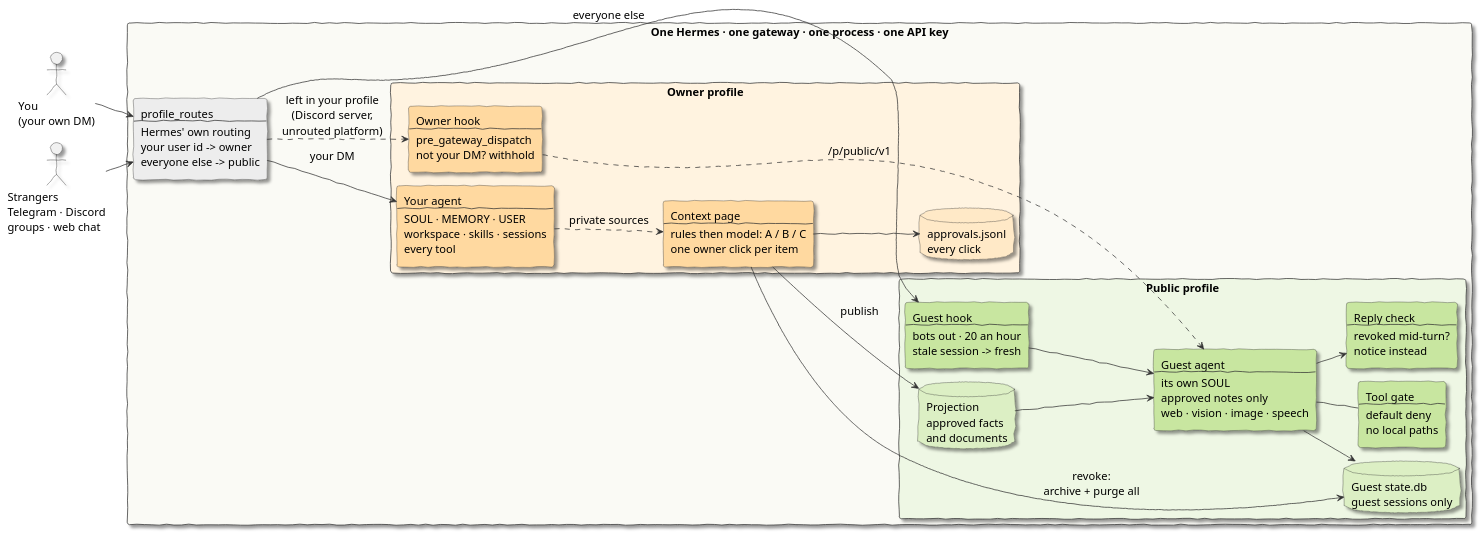
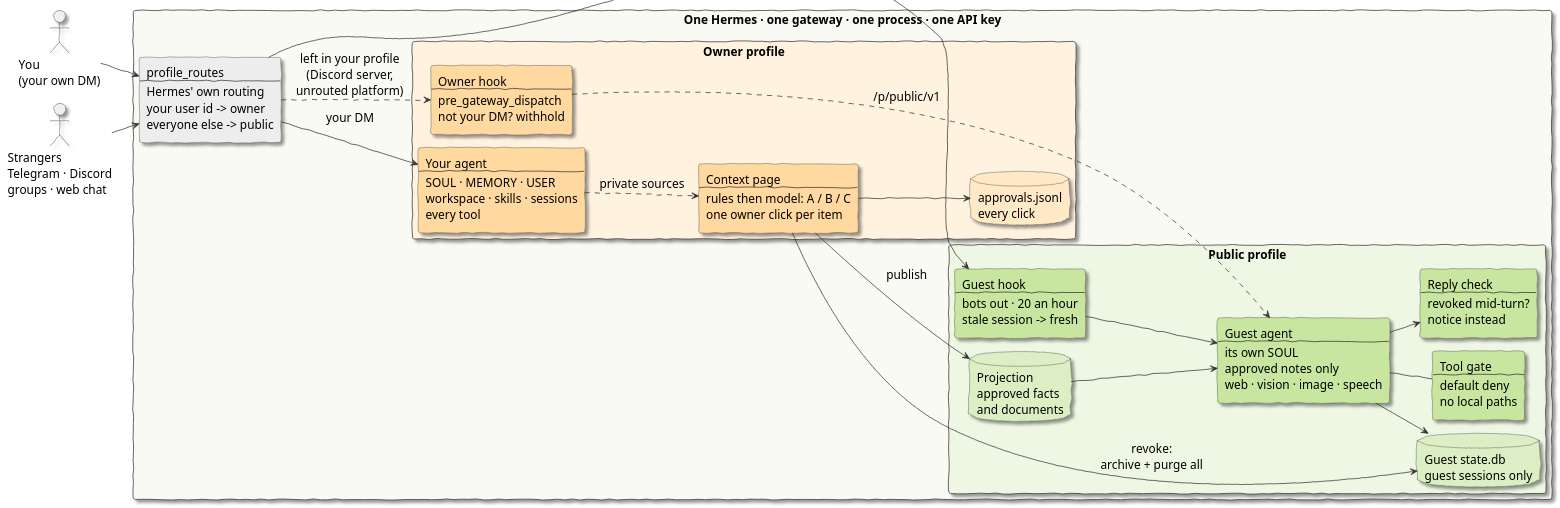
The diagram in docs/diagrams/overview.puml (dotv-7/salts-secrets-plugin), drawn with PlantUML before and after one commit. The commit also changed 5 other files, not shown here.

Commit message:
Sync with salts-secrets #49: diagram and comparison table first in the README, diagrams in Patrick Hand

```diff
--- a/docs/diagrams/overview.puml
+++ b/docs/diagrams/overview.puml
@@ -1,54 +1,54 @@
 @startuml
 !pragma layout smetana
 skinparam handwritten true
-skinparam defaultFontName Dekko
-skinparam defaultFontSize 15
+skinparam defaultFontName "Patrick Hand"
+skinparam defaultFontSize 16
 skinparam shadowing true
 skinparam backgroundColor white
 skinparam ArrowColor #333333
 skinparam rectangle {
   RoundCorner 6
   BorderColor #333333
 }
 skinparam database {
   BorderColor #333333
 }
 left to right direction
 
 actor "You\n(your own DM)" as you
 actor "Strangers\nTelegram · Discord\ngroups · web chat" as guest
 
 rectangle "One Hermes · one gateway · one process · one API key" #FAFAF5 {
   rectangle "profile_routes\n--\nHermes' own routing\nyour user id -> owner\neveryone else -> public" as routes #EDEDED
   rectangle "Owner profile" #FFF3E0 {
     rectangle "Your agent\n--\nSOUL · MEMORY · USER\nworkspace · skills · sessions\nevery tool" as oagent #FFD9A0
     rectangle "Owner hook\n--\npre_gateway_dispatch\nnot your DM? withhold" as ohook #FFD9A0
     rectangle "Context page\n--\nrules then model: A / B / C\none owner click per item" as board #FFD9A0
     database "approvals.jsonl\nevery click" as log #FFE9C7
   }
   rectangle "Public profile" #EEF7E4 {
     rectangle "Guest hook\n--\nbots out · 20 an hour\nstale session -> fresh" as ghook #C8E6A0
     rectangle "Guest agent\n--\nits own SOUL\napproved notes only\nweb · vision · image · speech" as pagent #C8E6A0
     rectangle "Tool gate\n--\ndefault deny\nno local paths" as gate #C8E6A0
     rectangle "Reply check\n--\nrevoked mid-turn?\nnotice instead" as rcheck #C8E6A0
     database "Projection\napproved facts\nand documents" as proj #DCEFC4
     database "Guest state.db\nguest sessions only" as pdb #DCEFC4
   }
 }
 
 you --> routes
 guest --> routes
 routes --> oagent : your DM
-routes --> ghook : everyone else
+routes --> ghook
 routes ..> ohook : left in your profile\n(Discord server,\nunrouted platform)
 ohook ..> pagent : /p/public/v1
 ghook --> pagent
 oagent ..> board : private sources
 board --> proj : publish
 board --> log
 board --> pdb : revoke:\narchive + purge all
 proj --> pagent
 pagent -- gate
 pagent --> rcheck
 pagent --> pdb
 @enduml
```
